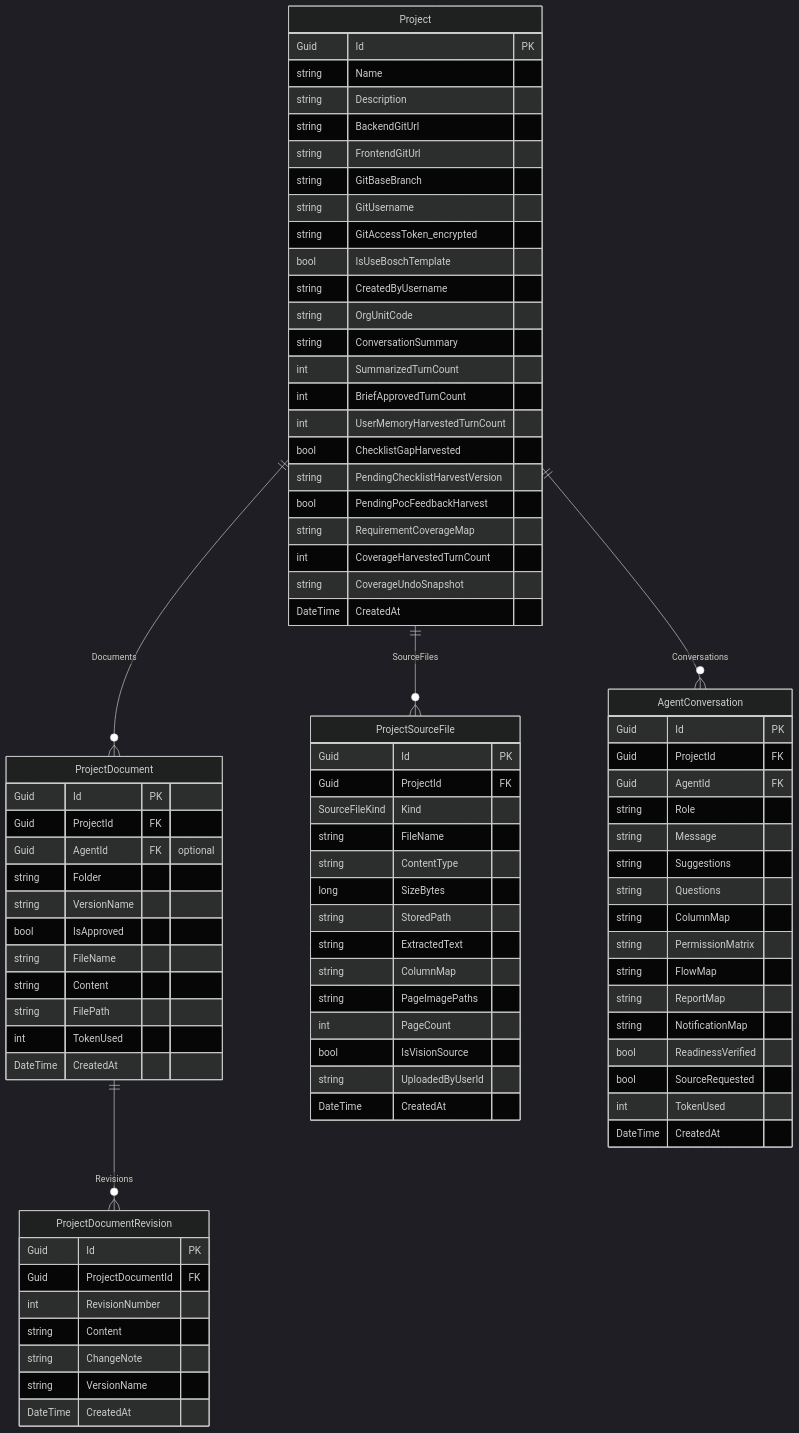
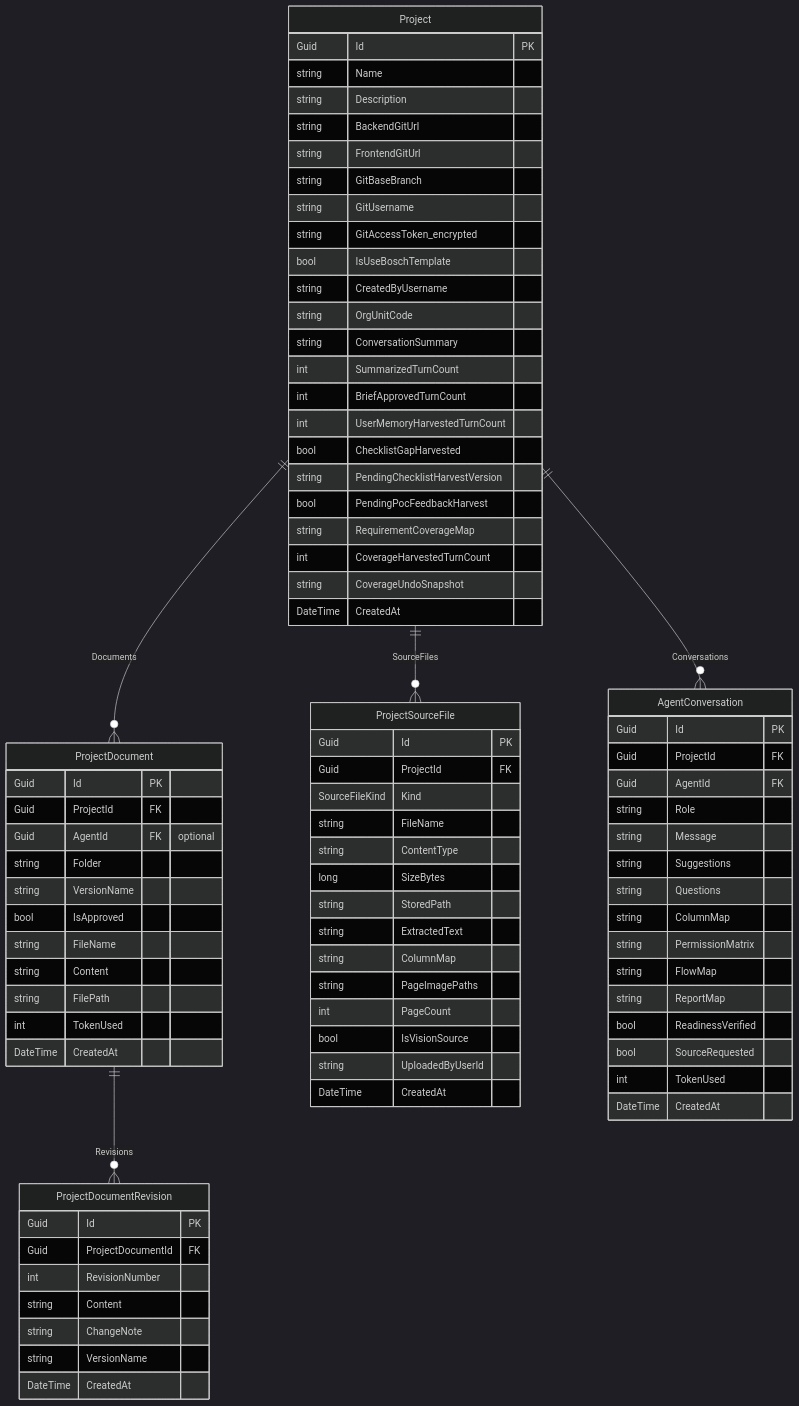
Before and after one commit to Songlong0506/ICOGenerator-v4: the second of 9 diagrams in docs/data-model.md, drawn with Mermaid (dark theme). The commit also changed other lines of this file and 55 other files, not shown here.

```diff
--- a/docs/data-model.md
+++ b/docs/data-model.md
@@ -178,7 +178,6 @@
         string PermissionMatrix
         string FlowMap
         string ReportMap
-        string NotificationMap
         bool ReadinessVerified
         bool SourceRequested
         int TokenUsed
```
